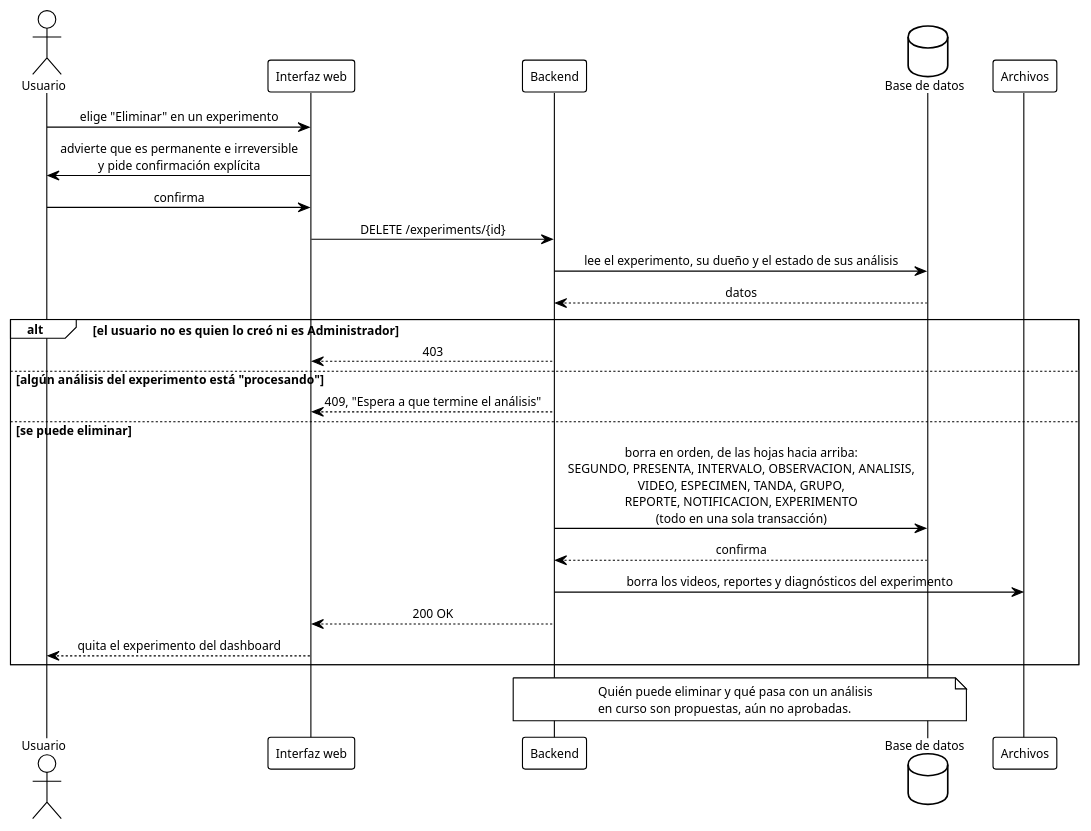
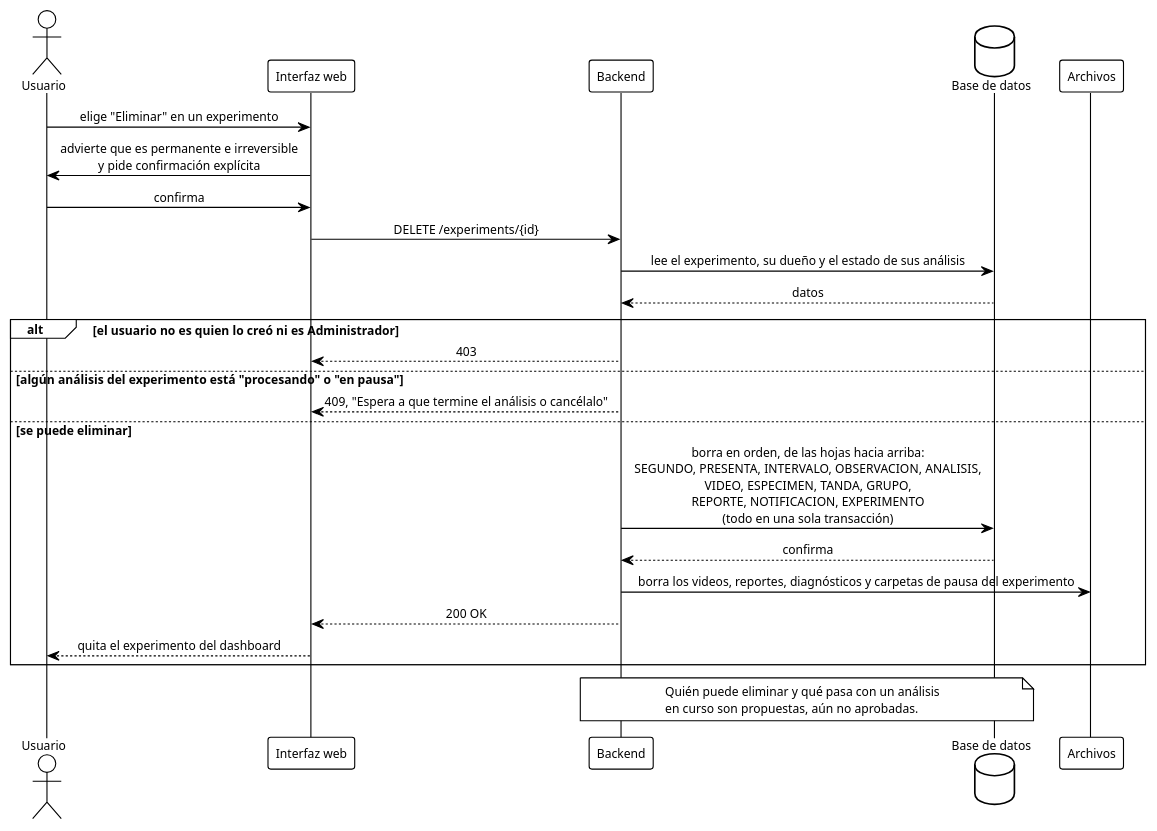
One commit to ErickJester/fst-ai-system-latex changed diagram 34 of 39 in INSTRUCCIONES-WEB.md. Above: the diagram before and after it, drawn with PlantUML. The commit also changed other lines of this file and 28 other files, not shown here.

````diff
--- a/INSTRUCCIONES-WEB.md
+++ b/INSTRUCCIONES-WEB.md
@@ -2362,36 +2540,36 @@
 ```plantuml
 @startuml seq_eliminar_experimento
 !theme plain
 skinparam defaultFontName Arial
 skinparam defaultFontSize 11
 skinparam shadowing false
 skinparam sequenceMessageAlign center
 actor Usuario as u
 participant "Interfaz web" as ui
 participant Backend as api
 database "Base de datos" as db
 participant "Archivos" as fs
 
 u -> ui: elige "Eliminar" en un experimento
 ui -> u: advierte que es permanente e irreversible\ny pide confirmación explícita
 u -> ui: confirma
 ui -> api: DELETE /experiments/{id}
 api -> db: lee el experimento, su dueño y el estado de sus análisis
 db --> api: datos
 alt el usuario no es quien lo creó ni es Administrador
   api --> ui: 403
-else algún análisis del experimento está "procesando"
-  api --> ui: 409, "Espera a que termine el análisis"
+else algún análisis del experimento está "procesando" o "en pausa"
+  api --> ui: 409, "Espera a que termine el análisis o cancélalo"
 else se puede eliminar
   api -> db: borra en orden, de las hojas hacia arriba:\nSEGUNDO, PRESENTA, INTERVALO, OBSERVACION, ANALISIS,\nVIDEO, ESPECIMEN, TANDA, GRUPO,\nREPORTE, NOTIFICACION, EXPERIMENTO\n(todo en una sola transacción)
   db --> api: confirma
-  api -> fs: borra los videos, reportes y diagnósticos del experimento
+  api -> fs: borra los videos, reportes, diagnósticos y carpetas de pausa del experimento
   api --> ui: 200 OK
   ui --> u: quita el experimento del dashboard
 end
 note over api, db
   Quién puede eliminar y qué pasa con un análisis
   en curso son propuestas, aún no aprobadas.
 end note
 @enduml
 ```
````
